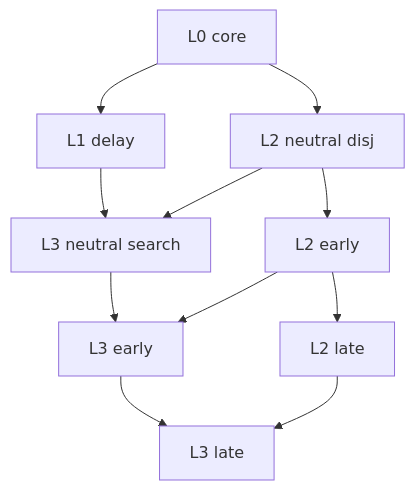
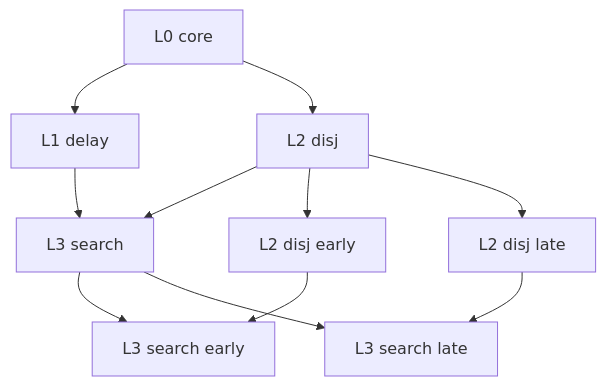
The first of 2 diagrams in racket-server/src/search-lattice/SEMILATTICE.md (brysenPfingsten/mk-redex-viz), drawn with Mermaid before and after one commit. The commit also changed other lines of this file and 11 other files, not shown here.

````diff
--- a/racket-server/src/search-lattice/SEMILATTICE.md
+++ b/racket-server/src/search-lattice/SEMILATTICE.md
@@ -12,22 +12,22 @@
 ```mermaid
 graph TD
-  core["L0 core"]
-  delay["L1 delay"]
-  disj["L2 neutral disj"]
-  disj_seq["L2 early"]
-  disj_fused["L2 late"]
-  sb["L3 neutral search"]
-  sb_seq["L3 early"]
-  sb_fused["L3 late"]
+  coreNode["L0 core"]
+  delayNode["L1 delay"]
+  disjNode["L2 disj"]
+  disjEarlyNode["L2 disj early"]
+  disjLateNode["L2 disj late"]
+  searchNode["L3 search"]
+  searchEarlyNode["L3 search early"]
+  searchLateNode["L3 search late"]
 
-  core --> delay
-  core --> disj
-  disj --> disj_seq
-  disj_seq --> disj_fused
-  delay --> sb
-  disj --> sb
-  sb --> sb_seq
-  disj_seq --> sb_seq
-  sb_seq --> sb_fused
-  disj_fused --> sb_fused
+  coreNode --> delayNode
+  coreNode --> disjNode
+  delayNode --> searchNode
+  disjNode --> searchNode
+  disjNode --> disjEarlyNode
+  disjNode --> disjLateNode
+  searchNode --> searchEarlyNode
+  searchNode --> searchLateNode
+  disjEarlyNode --> searchEarlyNode
+  disjLateNode --> searchLateNode
 ```
````
